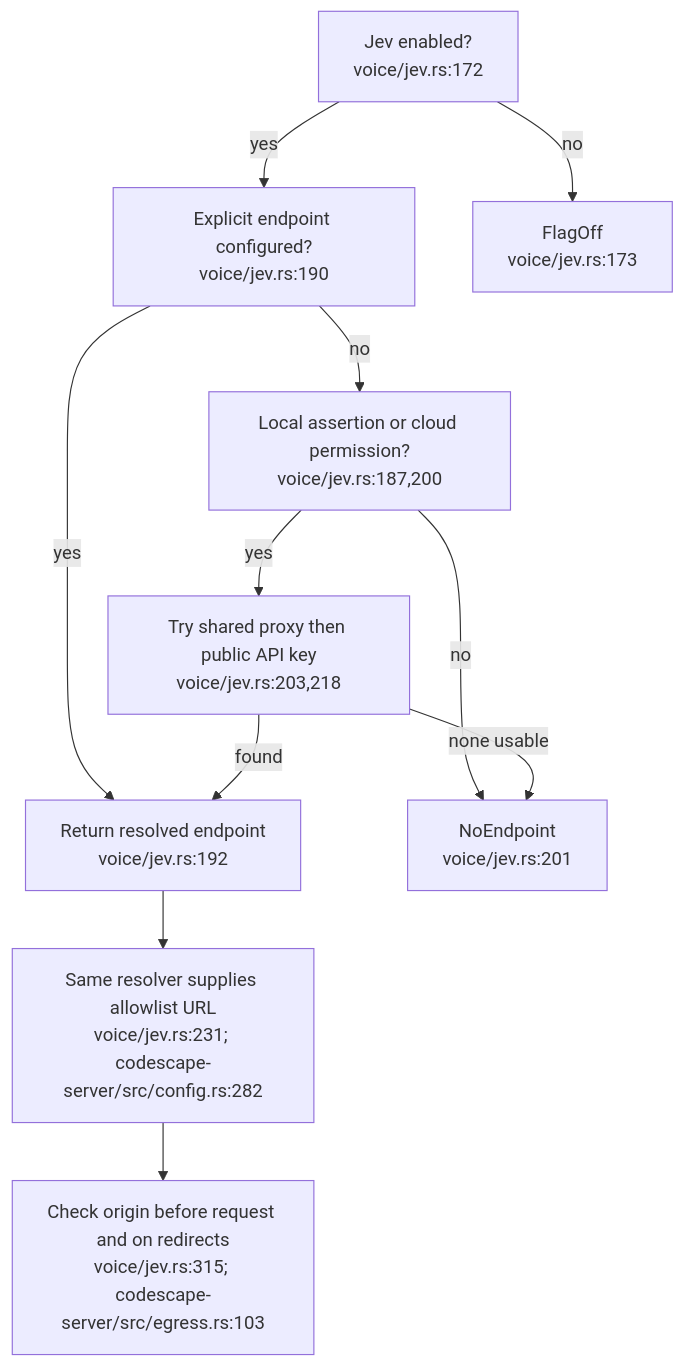
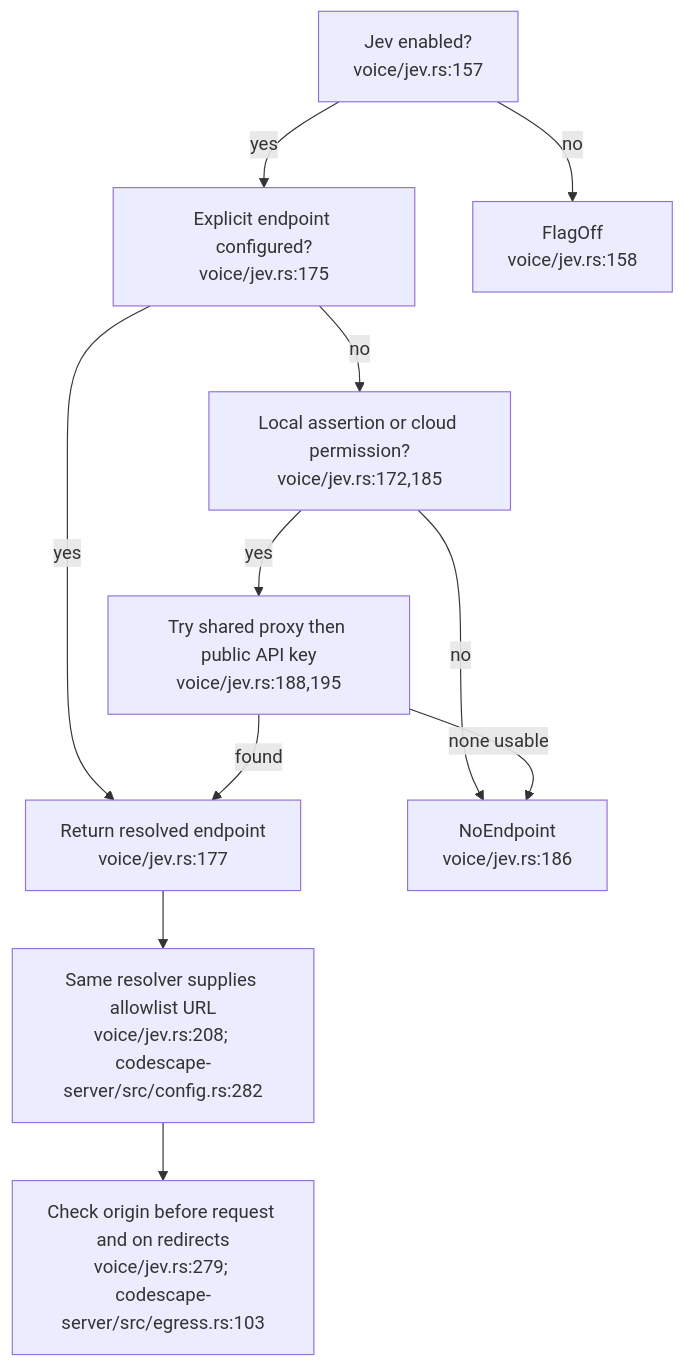
The second of 4 diagrams in docs/diagrams/visionclaw/42-codescape-command-policy-and-runtime-artefacts.md (DreamLab-AI/VisionFlow), drawn with Mermaid before and after one commit. The commit also changed other lines of this file and 56 other files, not shown here.

First line of the commit message:
docs(diagrams): re-verify VisionClaw topics at ec785afa9, add VC-19/56/57 and the VisionClaw register

````diff
--- a/docs/diagrams/visionclaw/42-codescape-command-policy-and-runtime-artefacts.md
+++ b/docs/diagrams/visionclaw/42-codescape-command-policy-and-runtime-artefacts.md
@@ -48,13 +48,13 @@
 ```mermaid
 flowchart TD
-    ON["Jev enabled?<br/>voice/jev.rs:172"] -->|yes| EP["Explicit endpoint configured?<br/>voice/jev.rs:190"]
-    ON -->|no| OFF["FlagOff<br/>voice/jev.rs:173"]
-    EP -->|yes| RES["Return resolved endpoint<br/>voice/jev.rs:192"]
-    EP -->|no| PERM["Local assertion or cloud permission?<br/>voice/jev.rs:187,200"]
-    PERM -->|no| NO["NoEndpoint<br/>voice/jev.rs:201"]
-    PERM -->|yes| FALL["Try shared proxy then public API key<br/>voice/jev.rs:203,218"]
+    ON["Jev enabled?<br/>voice/jev.rs:157"] -->|yes| EP["Explicit endpoint configured?<br/>voice/jev.rs:175"]
+    ON -->|no| OFF["FlagOff<br/>voice/jev.rs:158"]
+    EP -->|yes| RES["Return resolved endpoint<br/>voice/jev.rs:177"]
+    EP -->|no| PERM["Local assertion or cloud permission?<br/>voice/jev.rs:172,185"]
+    PERM -->|no| NO["NoEndpoint<br/>voice/jev.rs:186"]
+    PERM -->|yes| FALL["Try shared proxy then public API key<br/>voice/jev.rs:188,195"]
     FALL -->|found| RES
     FALL -->|none usable| NO
-    RES --> LIST["Same resolver supplies allowlist URL<br/>voice/jev.rs:231; codescape-server/src/config.rs:282"]
-    LIST --> SEND["Check origin before request and on redirects<br/>voice/jev.rs:315; codescape-server/src/egress.rs:103"]
+    RES --> LIST["Same resolver supplies allowlist URL<br/>voice/jev.rs:208; codescape-server/src/config.rs:282"]
+    LIST --> SEND["Check origin before request and on redirects<br/>voice/jev.rs:279; codescape-server/src/egress.rs:103"]
 ```
````
